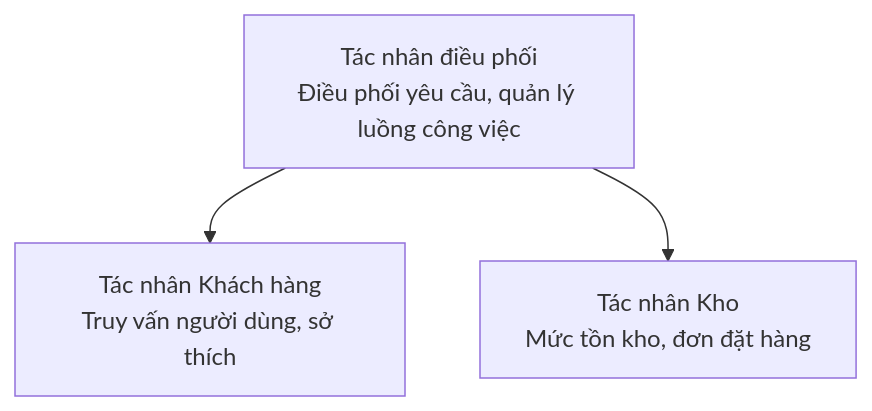
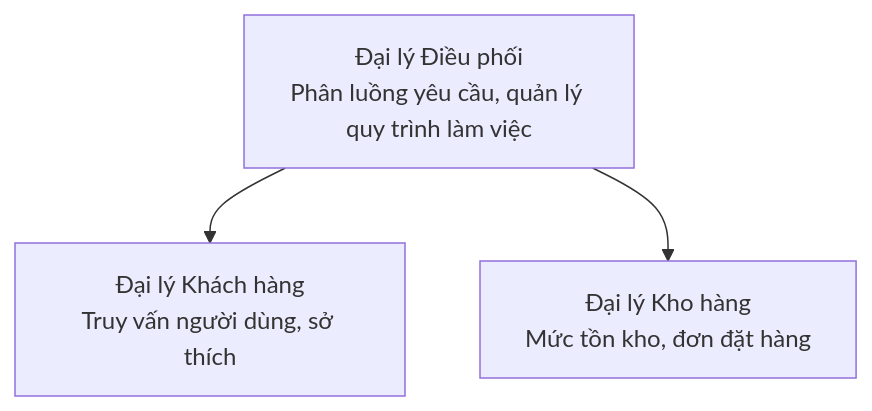
One commit to microsoft/AZD-for-beginners changed the diagram in translations/vi/docs/chapter-05-multi-agent/README.md. Above: the diagram before and after it, drawn with Mermaid. The commit also changed other lines of this file and 61 other files, not shown here.

````diff
--- a/translations/vi/docs/chapter-05-multi-agent/README.md
+++ b/translations/vi/docs/chapter-05-multi-agent/README.md
@@ -54,5 +54,5 @@
 ```mermaid
 graph TD
-    Orchestrator[Tác nhân điều phối<br/>Điều phối yêu cầu, quản lý luồng công việc] --> Customer[Tác nhân Khách hàng<br/>Truy vấn người dùng, sở thích]
-    Orchestrator --> Inventory[Tác nhân Kho<br/>Mức tồn kho, đơn đặt hàng]
+    Orchestrator[Đại lý Điều phối<br/>Phân luồng yêu cầu, quản lý quy trình làm việc] --> Customer[Đại lý Khách hàng<br/>Truy vấn người dùng, sở thích]
+    Orchestrator --> Inventory[Đại lý Kho hàng<br/>Mức tồn kho, đơn đặt hàng]
 ```
````
